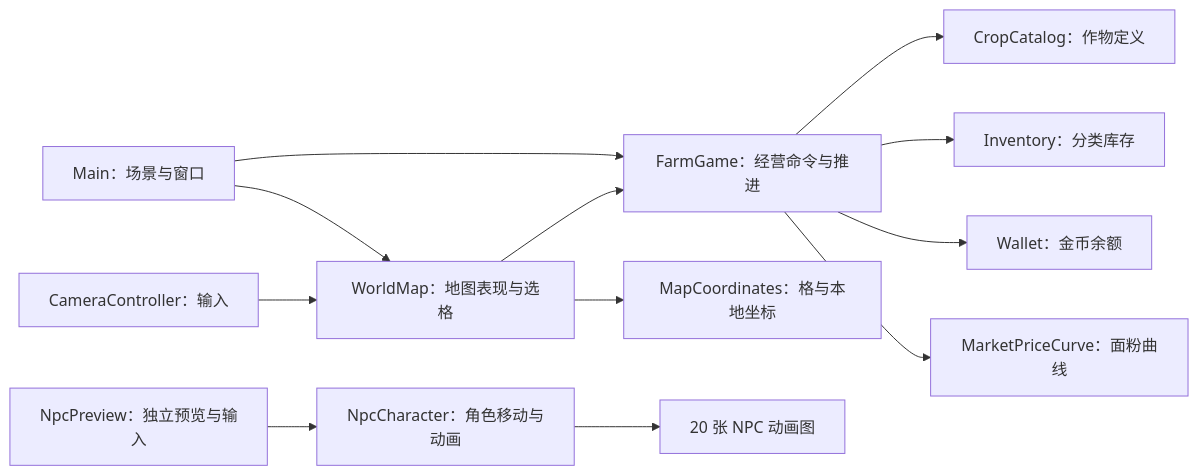
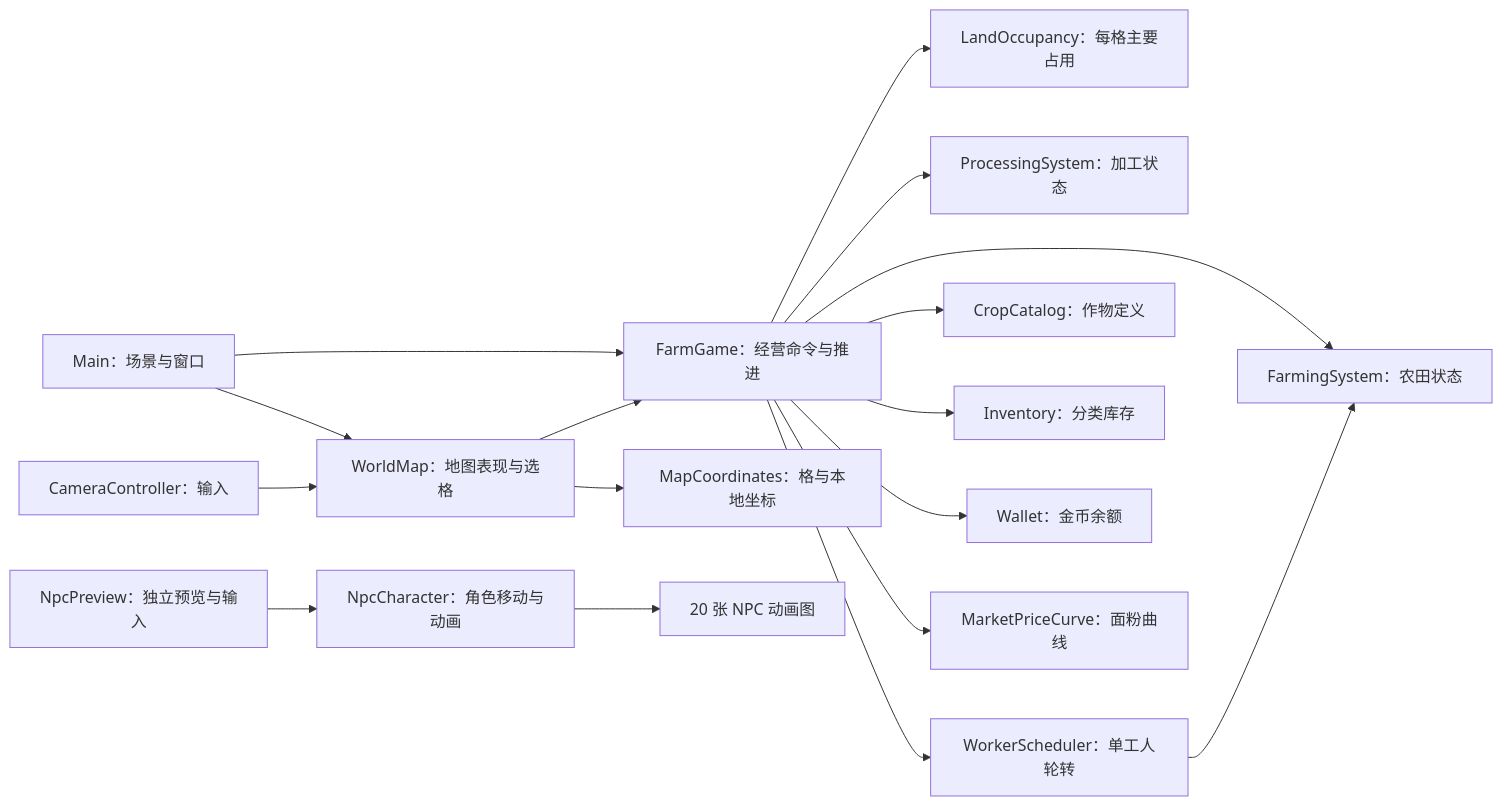
Before and after one commit to Fotally/Farm-Exchange: the diagram in docs/architecture/implementation-system-organization.md, drawn with Mermaid. The commit also changed other lines of this file and 24 other files, not shown here.

````diff
--- a/docs/architecture/implementation-system-organization.md
+++ b/docs/architecture/implementation-system-organization.md
@@ -5,14 +5,19 @@
 ```mermaid
 flowchart LR
     Main[Main：场景与窗口] --> FarmGame[FarmGame：经营命令与推进]
     Main --> WorldMap[WorldMap：地图表现与选格]
     Camera[CameraController：输入] --> WorldMap
     WorldMap --> MapCoordinates[MapCoordinates：格与本地坐标]
     WorldMap --> FarmGame
+    FarmGame --> LandOccupancy[LandOccupancy：每格主要占用]
+    FarmGame --> FarmingSystem[FarmingSystem：农田状态]
+    FarmGame --> ProcessingSystem[ProcessingSystem：加工状态]
+    FarmGame --> WorkerScheduler[WorkerScheduler：单工人轮转]
+    WorkerScheduler --> FarmingSystem
     FarmGame --> CropCatalog[CropCatalog：作物定义]
     FarmGame --> Inventory[Inventory：分类库存]
     FarmGame --> Wallet[Wallet：金币余额]
     FarmGame --> Market[MarketPriceCurve：面粉曲线]
     NpcPreview[NpcPreview：独立预览与输入] --> NpcCharacter[NpcCharacter：角色移动与动画]
     NpcCharacter --> NpcSheets[20 张 NPC 动画图]
 ```
````
